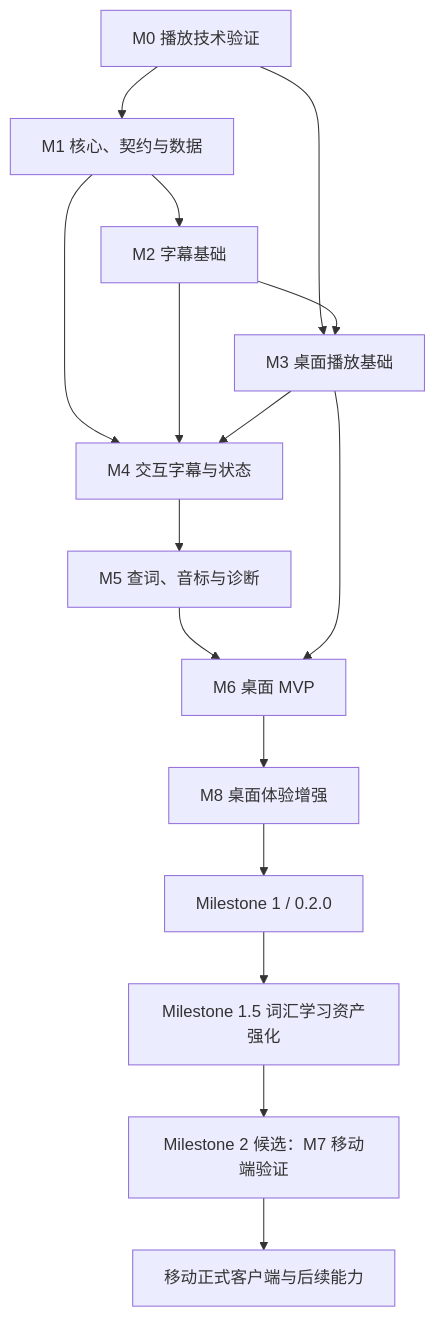
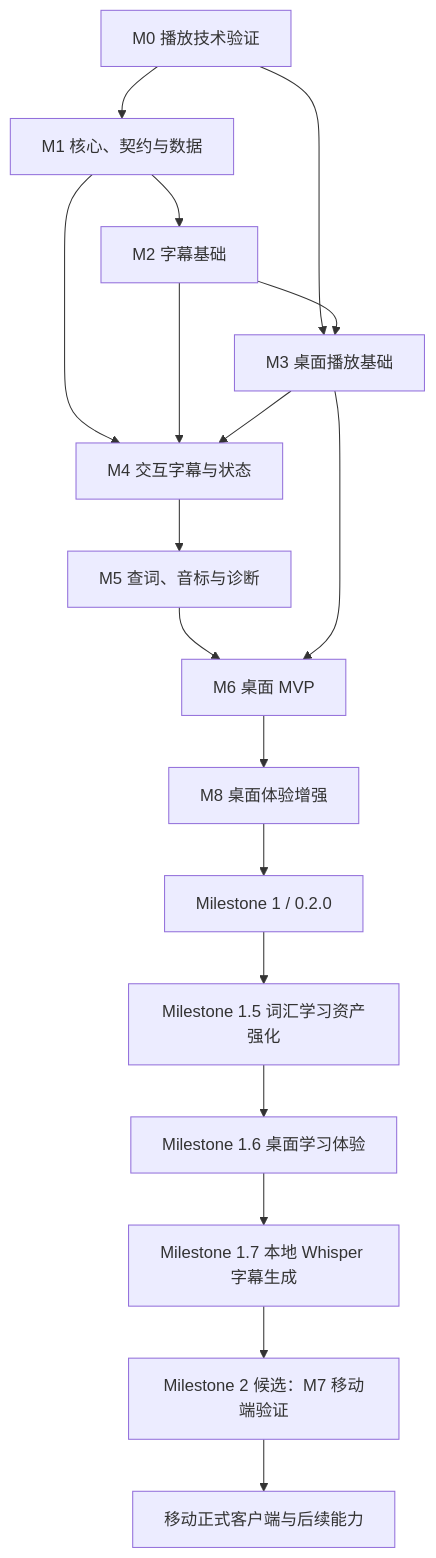
The diagram in core/roadmap.md (ichthyoplanktonzyh/listen), drawn with Mermaid before and after one commit. The commit also changed other lines of this file and 2 other files, not shown here.

Commit message:
Plan Milestone 1.7 local Whisper subtitles

````diff
--- a/core/roadmap.md
+++ b/core/roadmap.md
@@ -1199,18 +1209,20 @@
 ```mermaid
 flowchart TD
     M0["M0 播放技术验证"] --> M1["M1 核心、契约与数据"]
     M0 --> M3["M3 桌面播放基础"]
     M1 --> M2["M2 字幕基础"]
     M2 --> M3
     M1 --> M4["M4 交互字幕与状态"]
     M2 --> M4
     M3 --> M4
     M4 --> M5["M5 查词、音标与诊断"]
     M5 --> M6["M6 桌面 MVP"]
     M3 --> M6
     M6 --> M8["M8 桌面体验增强"]
     M8 --> MS1["Milestone 1 / 0.2.0"]
     MS1 --> M15["Milestone 1.5 词汇学习资产强化"]
-    M15 --> M7["Milestone 2 候选：M7 移动端验证"]
+    M15 --> M16["Milestone 1.6 桌面学习体验"]
+    M16 --> M17["Milestone 1.7 本地 Whisper 字幕生成"]
+    M17 --> M7["Milestone 2 候选：M7 移动端验证"]
     M7 --> FUTURE["移动正式客户端与后续能力"]
 ```
````
